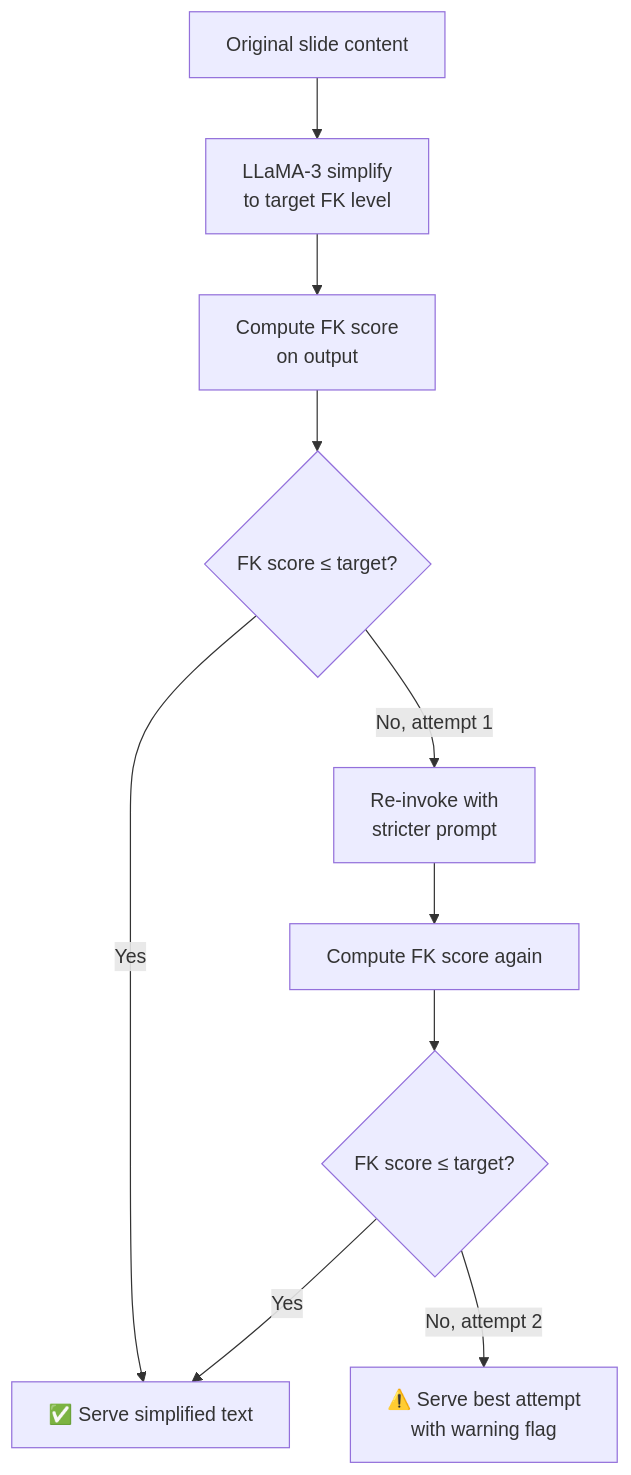
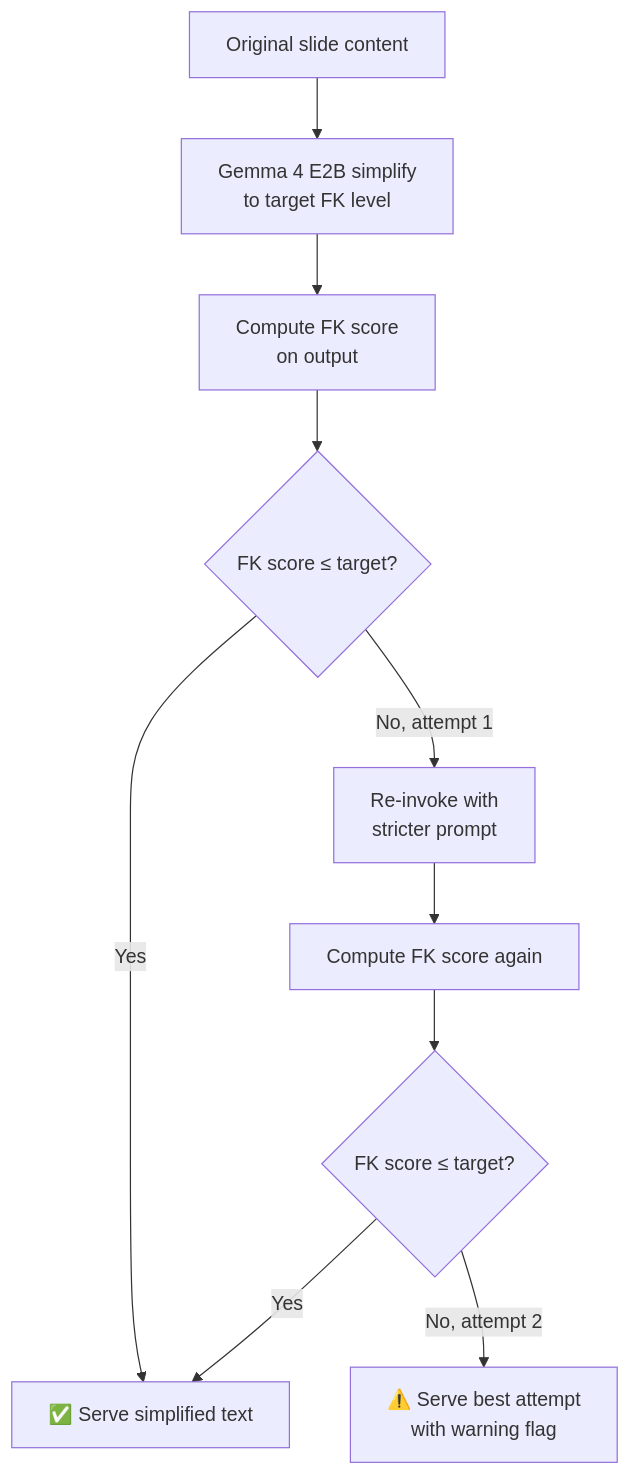
The third of 6 diagrams in gen-engine/README.md (varunaditya27/NeuroAdapt), drawn with Mermaid before and after one commit. The commit also changed other lines of this file and 5 other files, not shown here.

````diff
--- a/gen-engine/README.md
+++ b/gen-engine/README.md
@@ -104,16 +173,16 @@
 ```mermaid
 flowchart TD
-    A[Original slide content] --> B[LLaMA-3 simplify
+    A[Original slide content] --> B[Gemma 4 E2B simplify
 to target FK level]
     B --> C[Compute FK score
 on output]
     C --> D{FK score ≤ target?}
     D -->|Yes| E[✅ Serve simplified text]
     D -->|No, attempt 1| F[Re-invoke with
 stricter prompt]
     F --> G[Compute FK score again]
     G --> H{FK score ≤ target?}
     H -->|Yes| E
     H -->|No, attempt 2| I[⚠️ Serve best attempt
 with warning flag]
 ```
````
